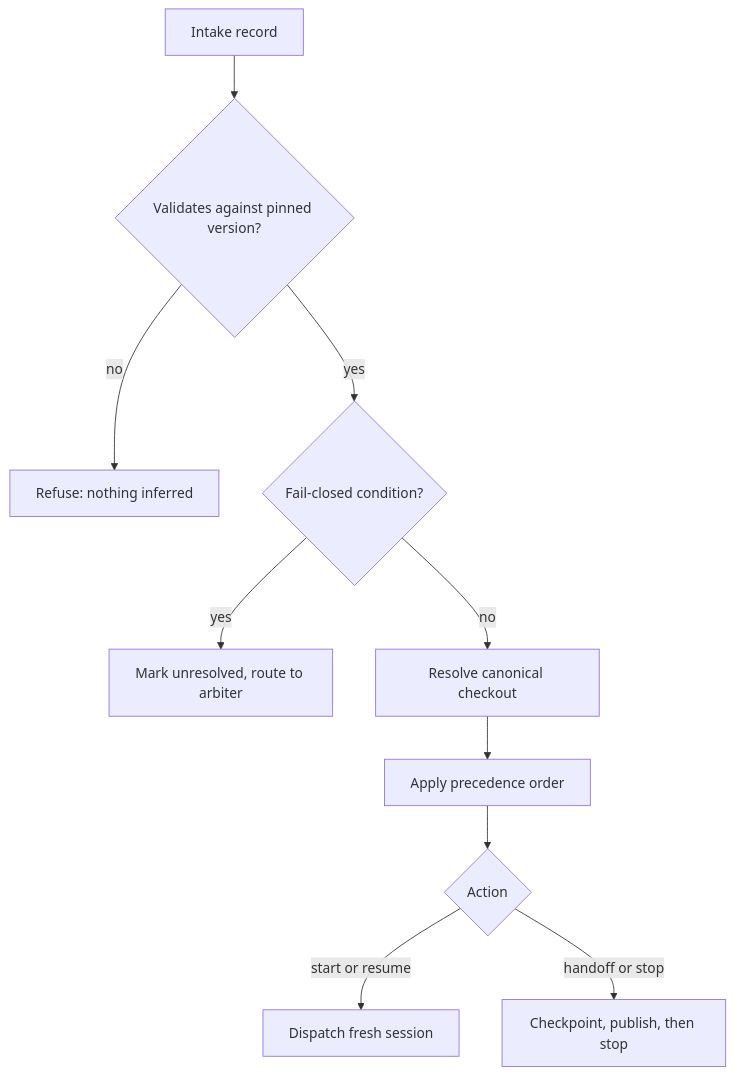
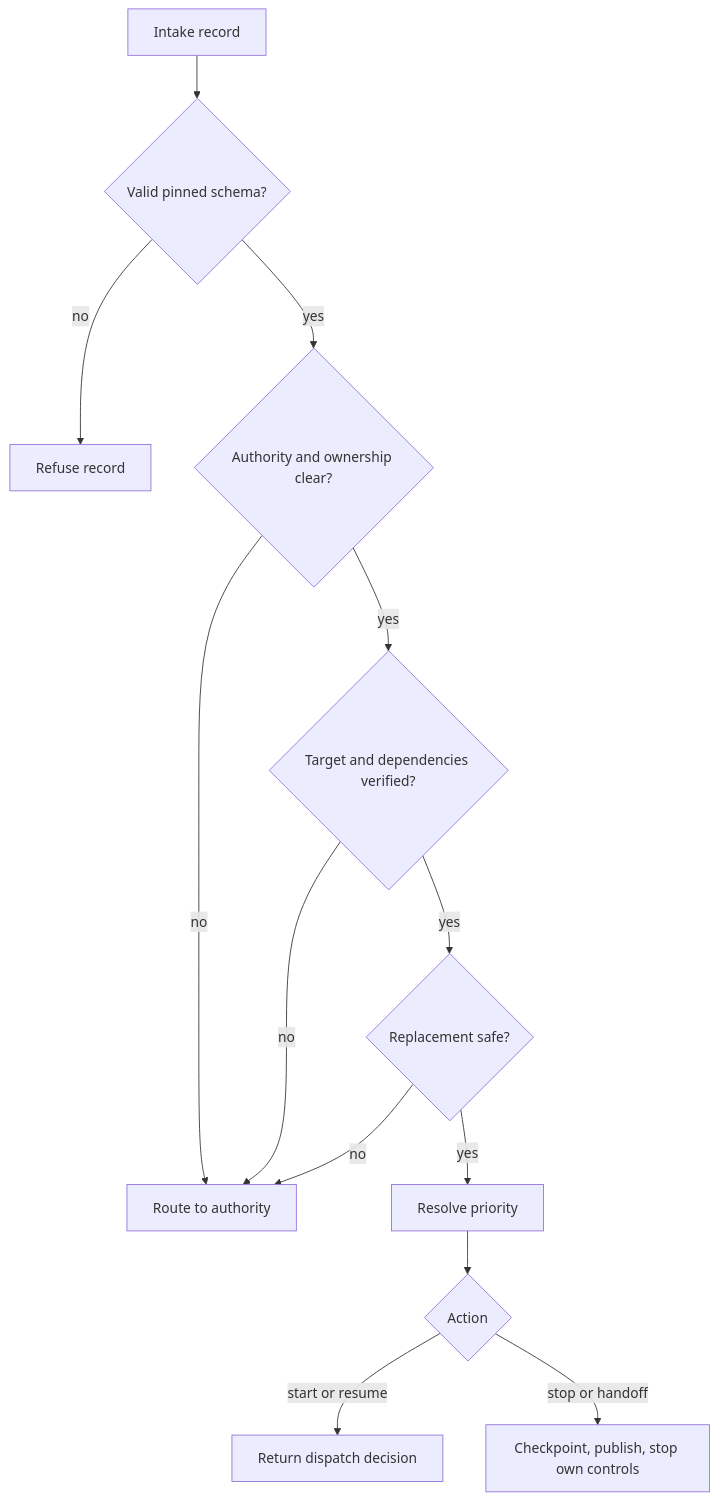
The diagram in proposals/0001-task-intake-and-urgent-owner-priority.md (Pukujan/multi-agent-modules), drawn with Mermaid before and after one commit. The commit also changed other lines of this file and 5 other files, not shown here.

````diff
--- a/proposals/0001-task-intake-and-urgent-owner-priority.md
+++ b/proposals/0001-task-intake-and-urgent-owner-priority.md
@@ -72,12 +62,15 @@
 ```mermaid
 graph TD
-    A[Intake record] --> B{Validates against pinned version?}
-    B -->|no| R[Refuse: nothing inferred]
-    B -->|yes| C{Fail-closed condition?}
-    C -->|yes| U[Mark unresolved, route to arbiter]
-    C -->|no| D[Resolve canonical checkout]
-    D --> E[Apply precedence order]
-    E --> F{Action}
-    F -->|start or resume| G[Dispatch fresh session]
-    F -->|handoff or stop| H[Checkpoint, publish, then stop]
+    A[Intake record] --> B{Valid pinned schema?}
+    B -->|no| R[Refuse record]
+    B -->|yes| C{Authority and ownership clear?}
+    C -->|no| U[Route to authority]
+    C -->|yes| D{Target and dependencies verified?}
+    D -->|no| U
+    D -->|yes| E{Replacement safe?}
+    E -->|no| U
+    E -->|yes| F[Resolve priority]
+    F --> G{Action}
+    G -->|start or resume| H[Return dispatch decision]
+    G -->|stop or handoff| I[Checkpoint, publish, stop own controls]
 ```
````
